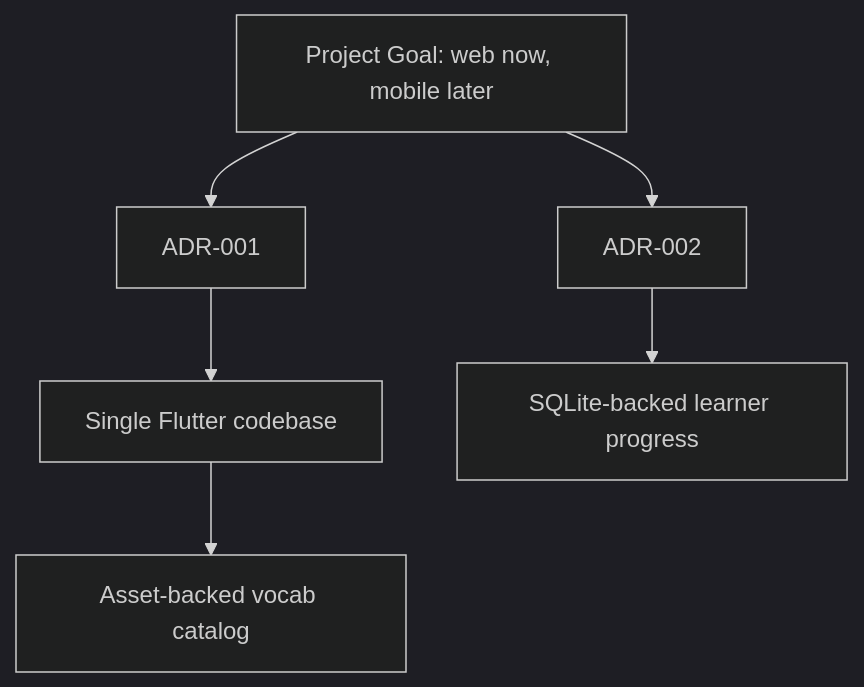
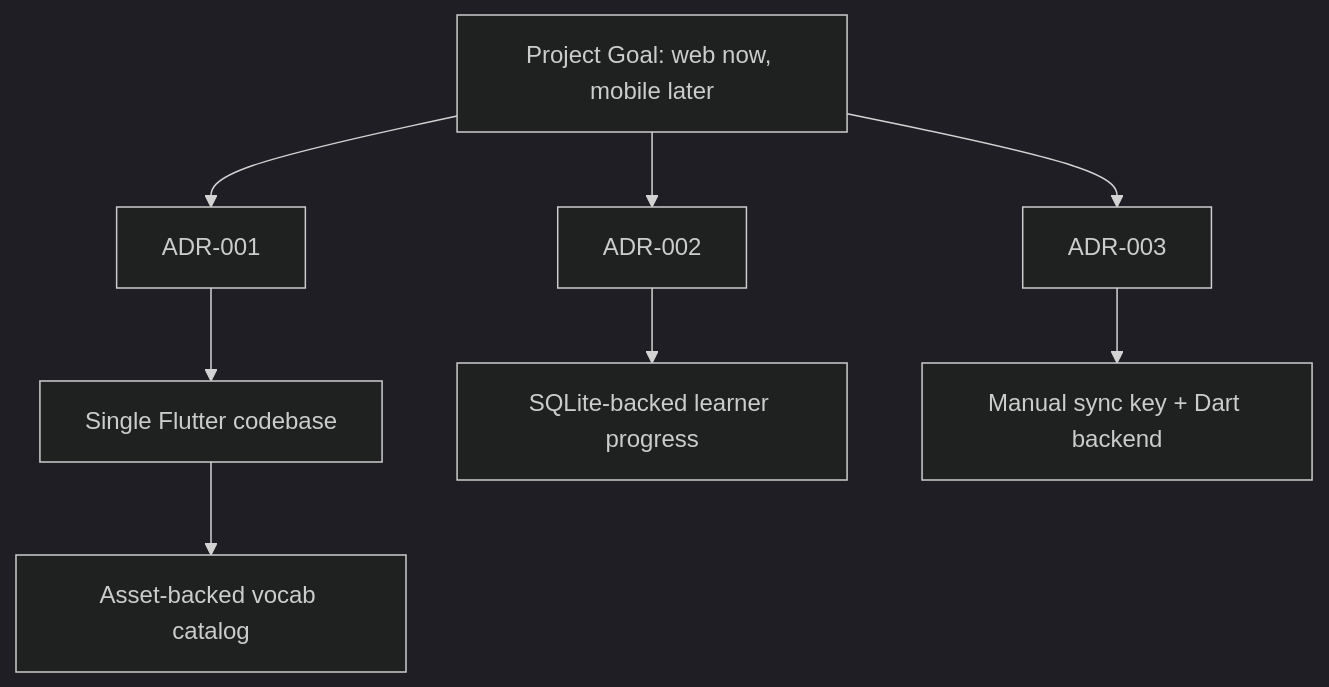
Before and after one commit to desertSniper87/vocab-hill: the diagram in docs/2-architecture/decisions/README.md, drawn with Mermaid (dark theme). The commit also changed other lines of this file and 16 other files, not shown here.

````diff
--- a/docs/2-architecture/decisions/README.md
+++ b/docs/2-architecture/decisions/README.md
@@ -12,8 +13,10 @@
 ```mermaid
 flowchart TD
     A["Project Goal: web now, mobile later"] --> B["ADR-001"]
     A --> E["ADR-002"]
+    A --> G["ADR-003"]
     B --> C["Single Flutter codebase"]
     C --> D["Asset-backed vocab catalog"]
     E --> F["SQLite-backed learner progress"]
+    G --> H["Manual sync key + Dart backend"]
 ```
````
